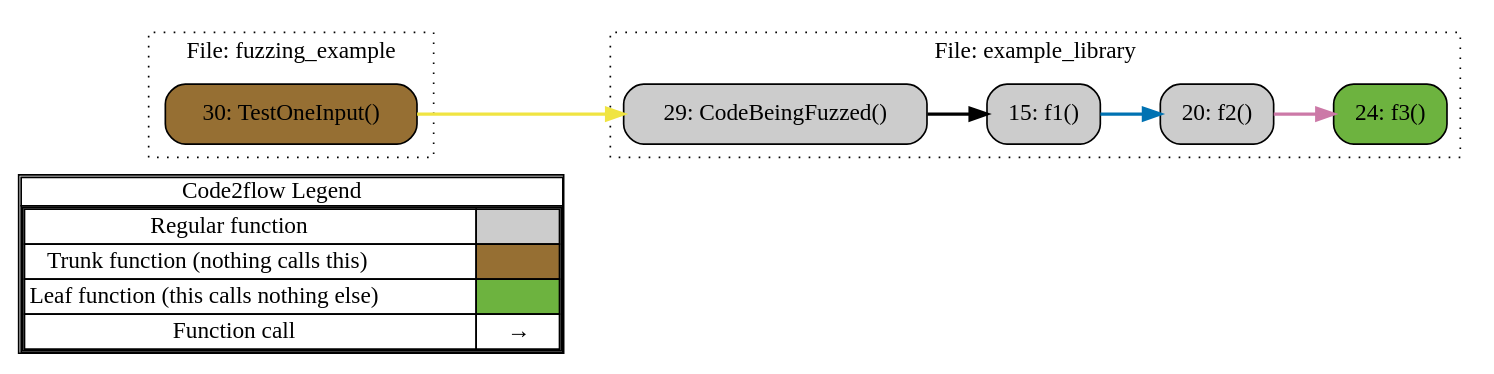
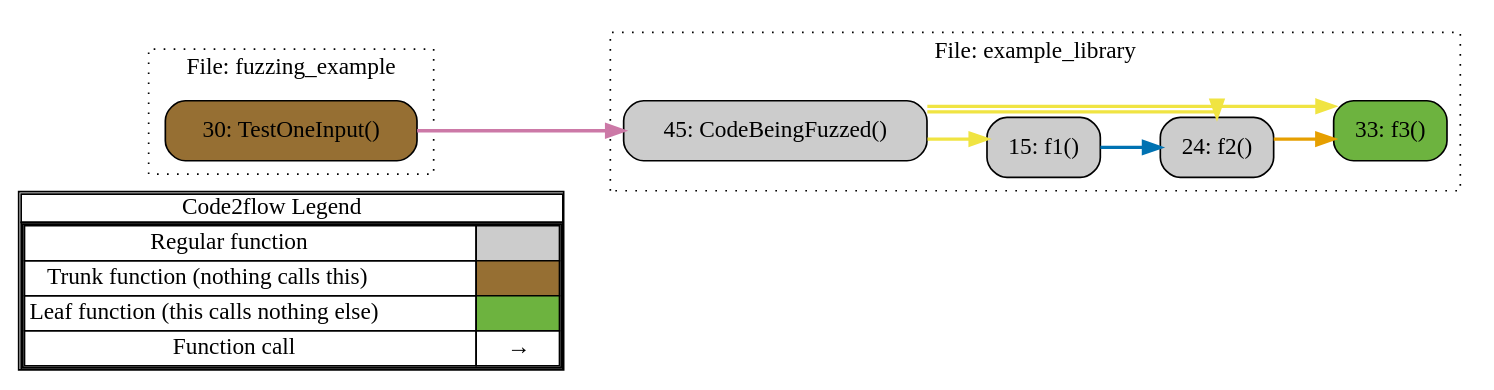
Before and after one commit to muzmu/atheris: the diagram in example_fuzzers/example1.dot, drawn with Graphviz. The commit also changed 34 other files, not shown here.

```diff
--- a/example_fuzzers/example1.dot
+++ b/example_fuzzers/example1.dot
@@ -1,40 +1,42 @@
 digraph G {
 concentrate=true;
 splines="ortho";
 rankdir="LR";
 subgraph legend{
     rank = min;
     label = "legend";
     Legend [shape=none, margin=0, label = <
         <table cellspacing="0" cellpadding="0" border="1"><tr><td>Code2flow Legend</td></tr><tr><td>
         <table cellspacing="0">
         <tr><td>Regular function</td><td width="50px" bgcolor='#cccccc'></td></tr>
         <tr><td>Trunk function (nothing calls this)</td><td bgcolor='#966F33'></td></tr>
         <tr><td>Leaf function (this calls nothing else)</td><td bgcolor='#6db33f'></td></tr>
         <tr><td>Function call</td><td><font color='black'>&#8594;</font></td></tr>
         </table></td></tr></table>
         >];
-}node_8c826130 [label="29: CodeBeingFuzzed()" name="example_library::CodeBeingFuzzed" shape="rect" style="rounded,filled" fillcolor="#cccccc" ];
-node_08f8dfcd [label="15: f1()" name="example_library::f1" shape="rect" style="rounded,filled" fillcolor="#cccccc" ];
-node_557679e7 [label="20: f2()" name="example_library::f2" shape="rect" style="rounded,filled" fillcolor="#cccccc" ];
-node_80d77a36 [label="24: f3()" name="example_library::f3" shape="rect" style="rounded,filled" fillcolor="#6db33f" ];
-node_616452e4 [label="30: TestOneInput()" name="fuzzing_example::TestOneInput" shape="rect" style="rounded,filled" fillcolor="#966F33" ];
-node_8c826130 -> node_08f8dfcd [color="#000000" penwidth="2"];
-node_08f8dfcd -> node_557679e7 [color="#0072B2" penwidth="2"];
-node_557679e7 -> node_80d77a36 [color="#CC79A7" penwidth="2"];
-node_616452e4 -> node_8c826130 [color="#F0E442" penwidth="2"];
-subgraph cluster_ccd9e653 {
-    node_08f8dfcd node_557679e7 node_80d77a36 node_8c826130;
+}node_fa22882c [label="45: CodeBeingFuzzed()" name="example_library::CodeBeingFuzzed" shape="rect" style="rounded,filled" fillcolor="#cccccc" ];
+node_0ca1c9c5 [label="15: f1()" name="example_library::f1" shape="rect" style="rounded,filled" fillcolor="#cccccc" ];
+node_ac7eb969 [label="24: f2()" name="example_library::f2" shape="rect" style="rounded,filled" fillcolor="#cccccc" ];
+node_d65c76d6 [label="33: f3()" name="example_library::f3" shape="rect" style="rounded,filled" fillcolor="#6db33f" ];
+node_518f4377 [label="30: TestOneInput()" name="fuzzing_example::TestOneInput" shape="rect" style="rounded,filled" fillcolor="#966F33" ];
+node_fa22882c -> node_0ca1c9c5 [color="#F0E442" penwidth="2"];
+node_fa22882c -> node_ac7eb969 [color="#F0E442" penwidth="2"];
+node_fa22882c -> node_d65c76d6 [color="#F0E442" penwidth="2"];
+node_0ca1c9c5 -> node_ac7eb969 [color="#0072B2" penwidth="2"];
+node_ac7eb969 -> node_d65c76d6 [color="#E69F00" penwidth="2"];
+node_518f4377 -> node_fa22882c [color="#CC79A7" penwidth="2"];
+subgraph cluster_43ee8471 {
+    node_0ca1c9c5 node_ac7eb969 node_d65c76d6 node_fa22882c;
     label="File: example_library";
     name="example_library";
     style="filled";
     graph[style=dotted];
 };
-subgraph cluster_4ab09d86 {
-    node_616452e4;
+subgraph cluster_9428ab8f {
+    node_518f4377;
     label="File: fuzzing_example";
     name="fuzzing_example";
     style="filled";
     graph[style=dotted];
 };
 }
```
